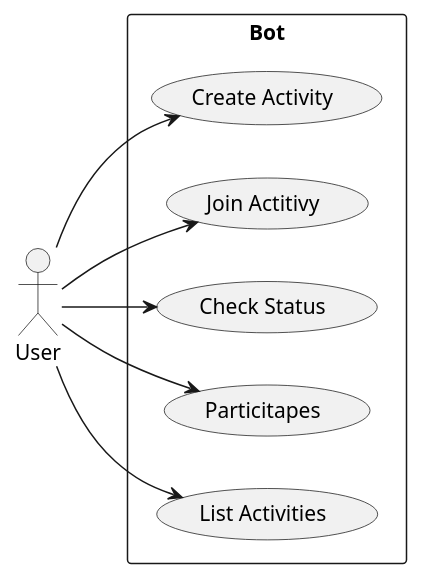
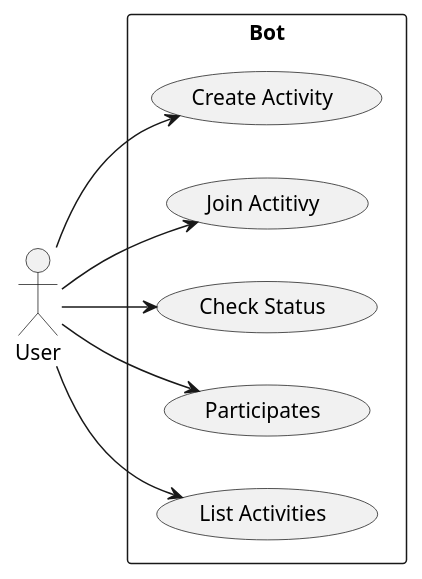
Before and after one commit to oibaf-ifrs/bot: the diagram in docs/uml/usecase.puml, drawn with PlantUML. The commit also changed 16 other files, not shown here.

```diff
--- a/docs/uml/usecase.puml
+++ b/docs/uml/usecase.puml
@@ -1,17 +1,17 @@
 @startuml
 left to right direction
 skinparam packageStyle rectangle
 :User: as user
 rectangle Bot {
     usecase "Create Activity" as ca
     usecase "Join Actitivy" as ja
     usecase "Check Status" as cs
-    usecase "Particitapes" as pa
+    usecase "Participates" as pa
     usecase "List Activities" as la
 }
 user --> ca
 user --> pa
 user --> cs
 user --> ja
 user --> la
 @enduml
```
